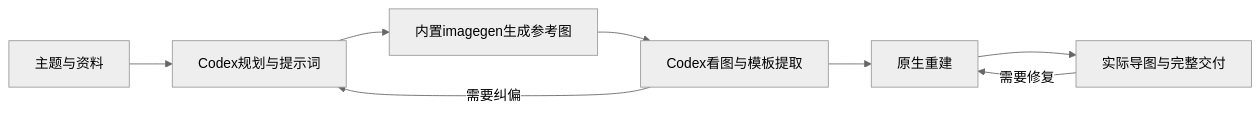
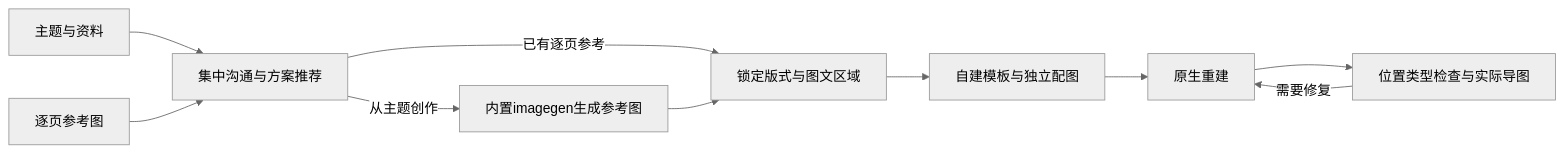
One commit to Meyt1n/web-to-editable-slides changed the diagram in README.md. Above: the diagram before and after it, drawn with Mermaid (neutral theme). The commit also changed other lines of this file and 15 other files, not shown here.

````diff
--- a/README.md
+++ b/README.md
@@ -58,10 +60,12 @@
 ```mermaid
 flowchart LR
-    A[主题与资料] --> B[Codex规划与提示词]
-    B --> C[内置imagegen生成参考图]
-    C --> D[Codex看图与模板提取]
-    D --> E[原生重建]
-    E --> F[实际导图与完整交付]
-    D -->|需要纠偏| B
+    A[主题与资料] --> B[集中沟通与方案推荐]
+    R[逐页参考图] --> B
+    B -->|从主题创作| C[内置imagegen生成参考图]
+    B -->|已有逐页参考| D[锁定版式与图文区域]
+    C --> D
+    D --> G[自建模板与独立配图]
+    G --> E[原生重建]
+    E --> F[位置类型检查与实际导图]
     F -->|需要修复| E
 ```
````
